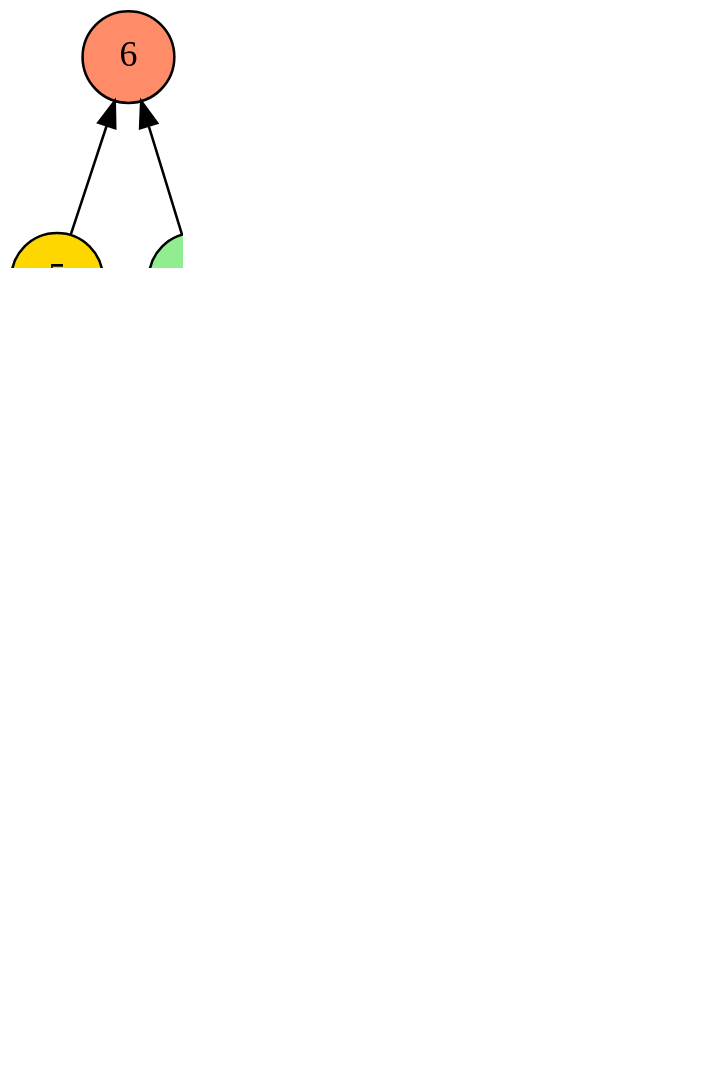
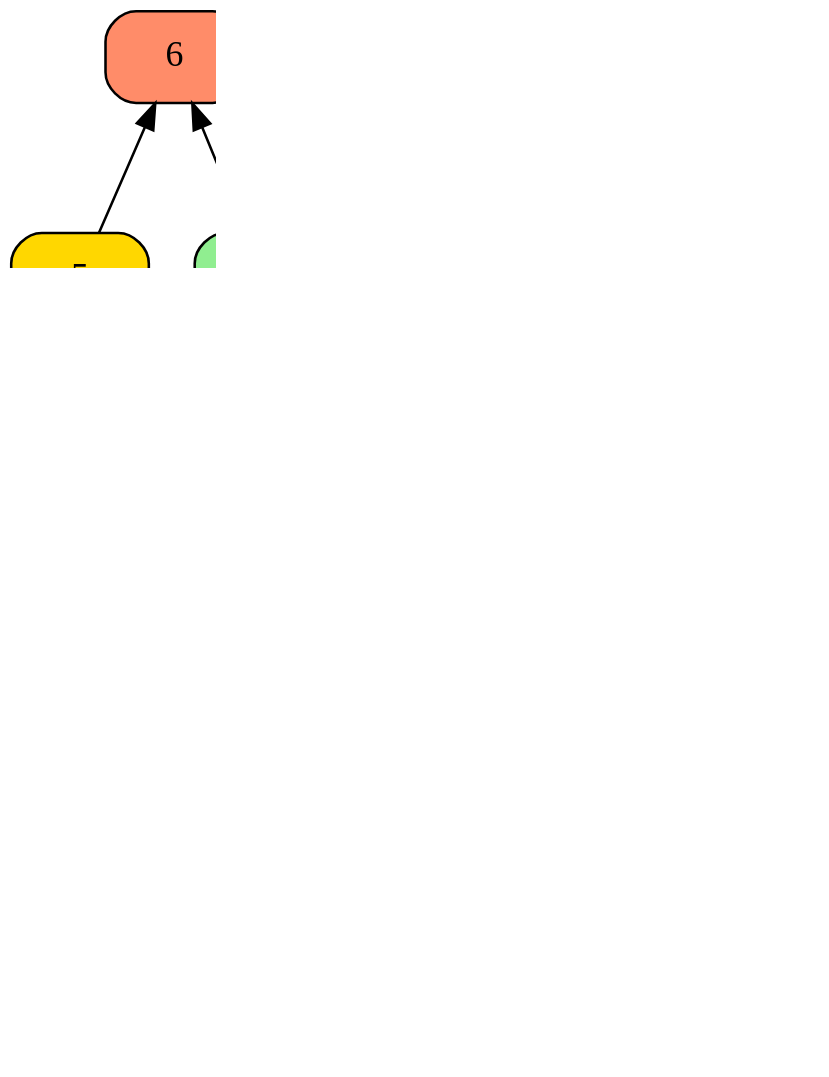
Before and after one commit to basictask/Intelligencia: the diagram in 1_git_dok/doc/graphs/git_19.dot, drawn with Graphviz. The commit also changed 48 other files, not shown here.

```diff
--- a/1_git_dok/doc/graphs/git_19.dot
+++ b/1_git_dok/doc/graphs/git_19.dot
@@ -1,44 +1,44 @@
 digraph git {
     graph [dpi=300]
     rankdir="BT"
 
-    c1_1 [label="1", shape="circle", style="filled", fillcolor="gold"]
-    c2_1 [label="2", shape="circle", style="filled", fillcolor="gold"]
-    c3_1 [label="3", shape="circle", style="filled", fillcolor="gold"]
-    c4_1 [label="4", shape="circle", style="filled", fillcolor="gold"]
-    c5_1 [label="5", shape="circle", style="filled", fillcolor="gold"]
-    c6_1 [label="6", shape="circle", style="filled", fillcolor="salmon1"]
-    ca_1 [label="A", shape="circle", style="filled", fillcolor="lightgreen"]
-    cb_1 [label="B", shape="circle", style="filled", fillcolor="lightgreen"]
-    cc_1 [label="C", shape="circle", style="filled", fillcolor="lightgreen"]
+    c1_1 [label="1", shape="rect", style="filled, rounded", fillcolor="gold"]
+    c2_1 [label="2", shape="rect", style="filled, rounded", fillcolor="gold"]
+    c3_1 [label="3", shape="rect", style="filled, rounded", fillcolor="gold"]
+    c4_1 [label="4", shape="rect", style="filled, rounded", fillcolor="gold"]
+    c5_1 [label="5", shape="rect", style="filled, rounded", fillcolor="gold"]
+    c6_1 [label="6", shape="rect", style="filled, rounded", fillcolor="salmon1"]
+    ca_1 [label="A", shape="rect", style="filled, rounded", fillcolor="lightgreen"]
+    cb_1 [label="B", shape="rect", style="filled, rounded", fillcolor="lightgreen"]
+    cc_1 [label="C", shape="rect", style="filled, rounded", fillcolor="lightgreen"]
 
     c1_1 -> c2_1
     c2_1 -> c3_1
     c3_1 -> c4_1
     c4_1 -> c5_1
     c5_1 -> c6_1
     ca_1 -> cb_1
     cb_1 -> cc_1
 
     c2_1 -> ca_1 [label="Ág létrehozása"]
     cc_1 -> c6_1 [label="Összefésülés"]
 
-    c1_2 [label="1", shape="circle", style="filled", fillcolor="gold"]
-    c2_2 [label="2", shape="circle", style="filled", fillcolor="gold"]
-    c3_2 [label="3", shape="circle", style="filled", fillcolor="gold"]
-    c4_2 [label="4", shape="circle", style="filled", fillcolor="gold"]
-    c5_2 [label="5", shape="circle", style="filled", fillcolor="gold"]
-    c6_2 [label="6", shape="circle", style="filled", fillcolor="salmon1"]
+    c1_2 [label="1", shape="rect", style="filled, rounded", fillcolor="gold"]
+    c2_2 [label="2", shape="rect", style="filled, rounded", fillcolor="gold"]
+    c3_2 [label="3", shape="rect", style="filled, rounded", fillcolor="gold"]
+    c4_2 [label="4", shape="rect", style="filled, rounded", fillcolor="gold"]
+    c5_2 [label="5", shape="rect", style="filled, rounded", fillcolor="gold"]
+    c6_2 [label="6", shape="rect", style="filled, rounded", fillcolor="salmon1"]
 
     c1_2 -> c2_2 -> c3_2 -> c4_2 -> c5_2 -> c6_2
 
     cb_1 -> temp1 [style="invis", minlen=0]
-    temp1 -> temp2 [minlen=3]
+    temp1 -> temp2 [minlen=3, style="dashed"]
     temp2 ->  c4_2 [style="invis"]
 
     temp1 [shape="plaintext", label="", width=0]
     temp2 [shape="plaintext", label="", width=0]
 
     {rank="same"; c4_1; cb_1; temp1; temp2 c4_2}
 
 }
```
